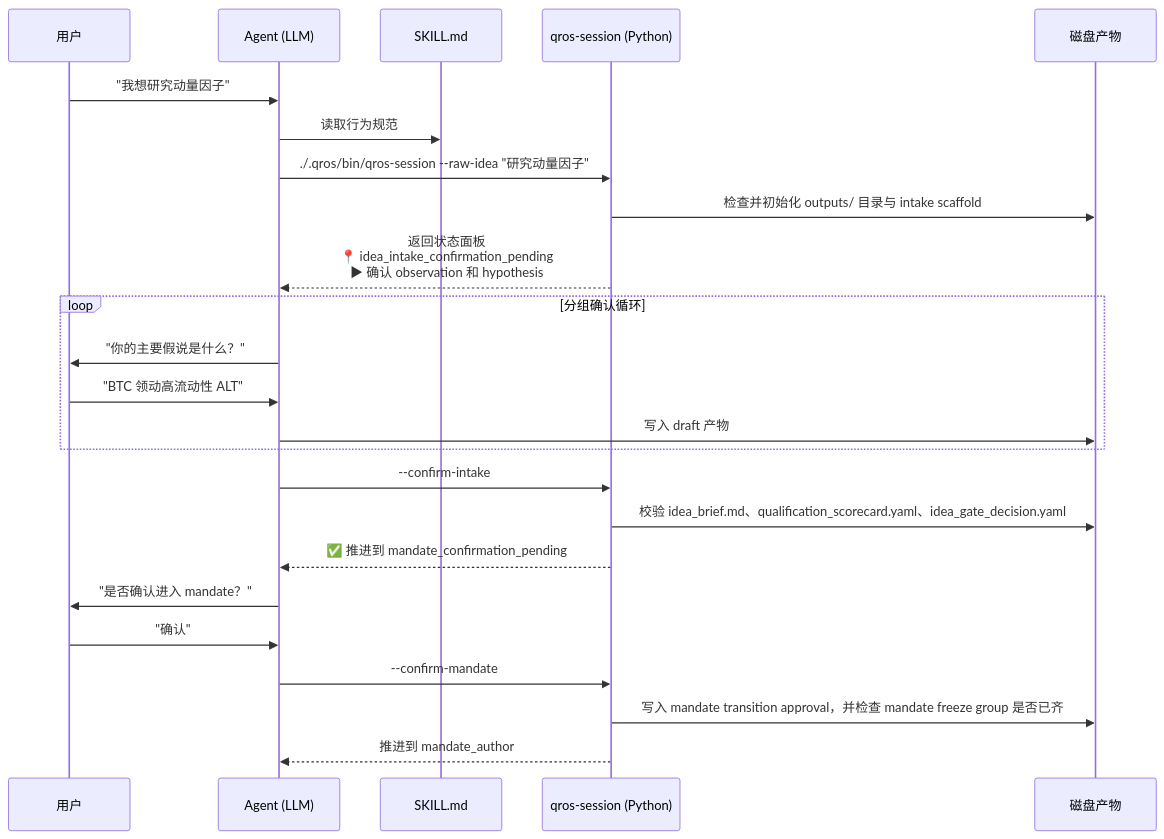
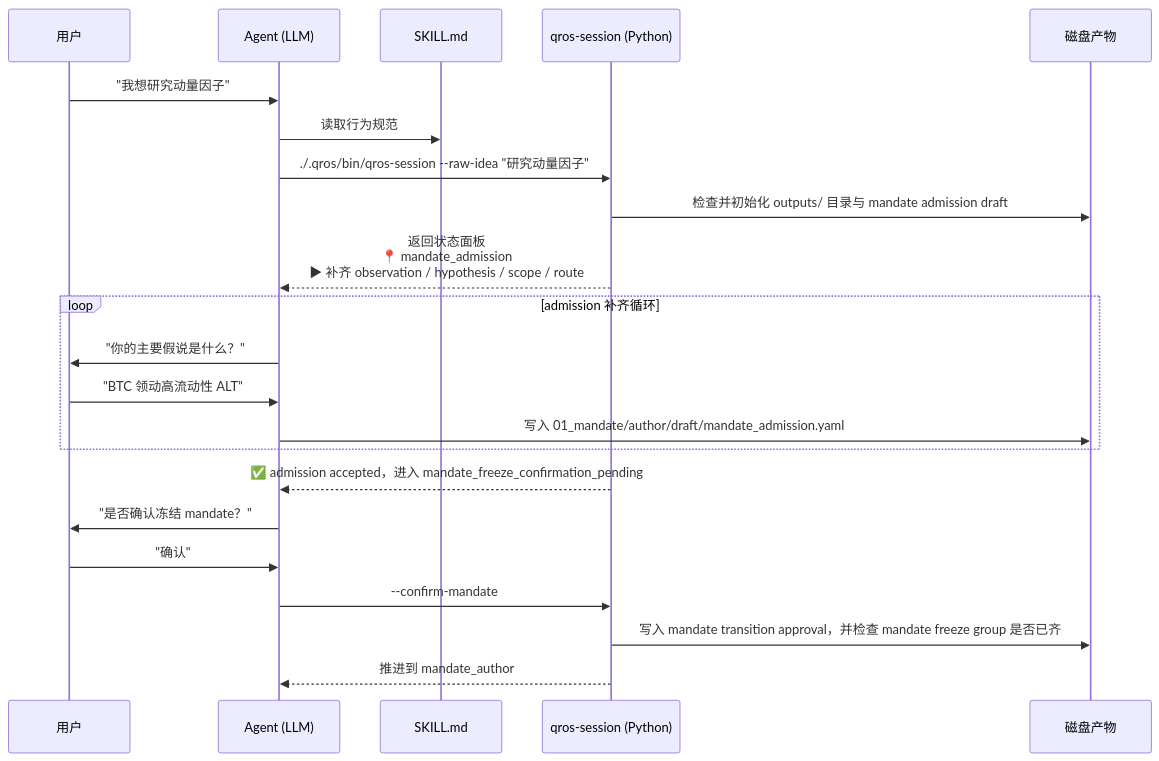
One commit to web3qt/quant-research-os changed the second of 10 diagrams in docs/guides/how-qros-works.md. Above: the diagram before and after it, drawn with Mermaid. The commit also changed other lines of this file and 49 other files, not shown here.

Commit message:
Align docs with mandate admission flow

````diff
--- a/docs/guides/how-qros-works.md
+++ b/docs/guides/how-qros-works.md
@@ -47,31 +47,29 @@
 ```mermaid
 sequenceDiagram
     participant U as 用户
     participant A as Agent (LLM)
     participant S as SKILL.md
     participant R as qros-session (Python)
     participant D as 磁盘产物
 
     U->>A: "我想研究动量因子"
     A->>S: 读取行为规范
     A->>R: ./.qros/bin/qros-session --raw-idea "研究动量因子"
 
-    R->>D: 检查并初始化 outputs/ 目录与 intake scaffold
-    R-->>A: 返回状态面板<br/>📍 idea_intake_confirmation_pending<br/>▶ 确认 observation 和 hypothesis
+    R->>D: 检查并初始化 outputs/ 目录与 mandate admission draft
+    R-->>A: 返回状态面板<br/>📍 mandate_admission<br/>▶ 补齐 observation / hypothesis / scope / route
 
-    loop 分组确认循环
+    loop admission 补齐循环
         A->>U: "你的主要假说是什么？"
         U->>A: "BTC 领动高流动性 ALT"
-        A->>D: 写入 draft 产物
+        A->>D: 写入 01_mandate/author/draft/mandate_admission.yaml
     end
 
-    A->>R: --confirm-intake
-    R->>D: 校验 idea_brief.md、qualification_scorecard.yaml、idea_gate_decision.yaml
-    R-->>A: ✅ 推进到 mandate_confirmation_pending
+    R-->>A: ✅ admission accepted，进入 mandate_freeze_confirmation_pending
 
-    A->>U: "是否确认进入 mandate？"
+    A->>U: "是否确认冻结 mandate？"
     U->>A: "确认"
     A->>R: --confirm-mandate
     R->>D: 写入 mandate transition approval，并检查 mandate freeze group 是否已齐
     R-->>A: 推进到 mandate_author
 ```
````
